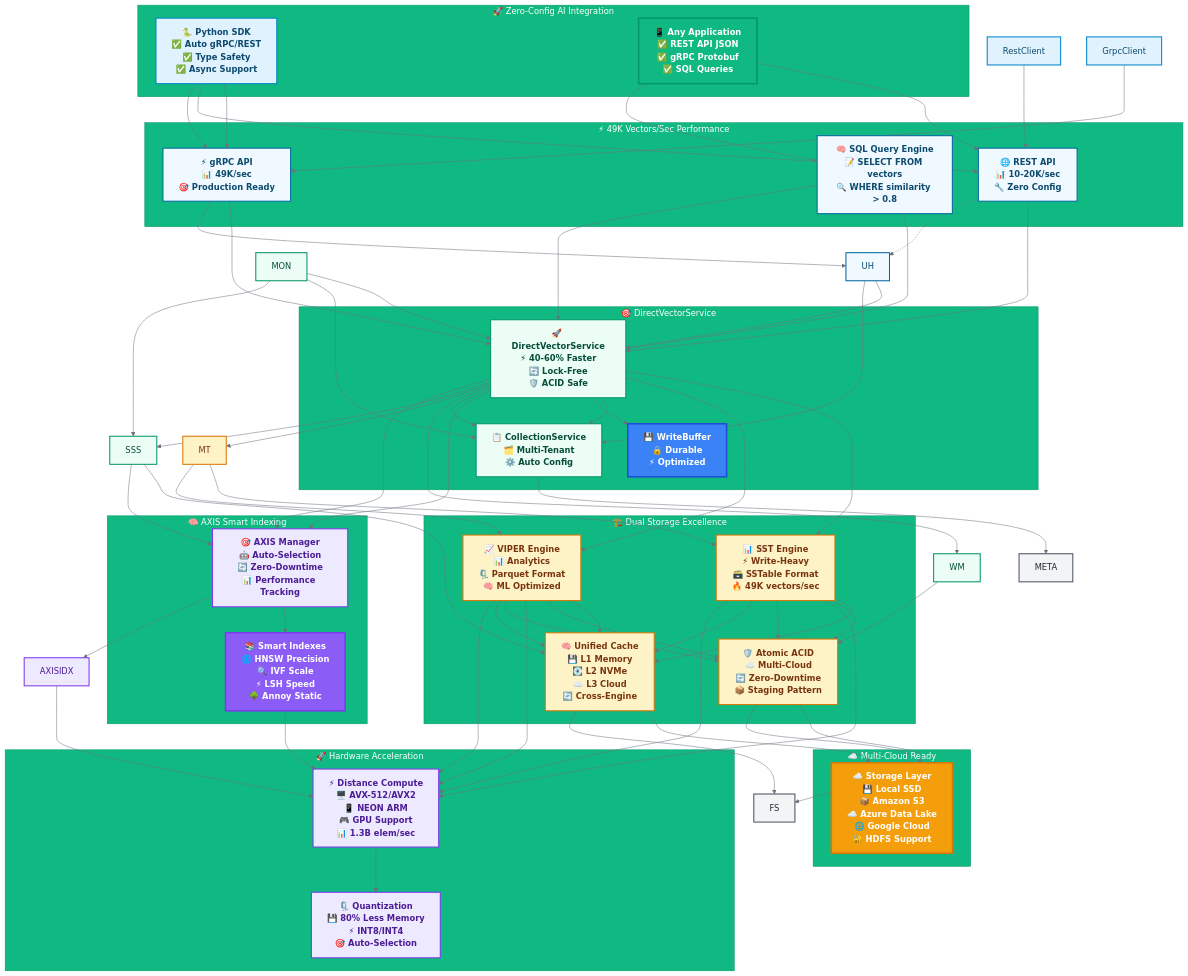
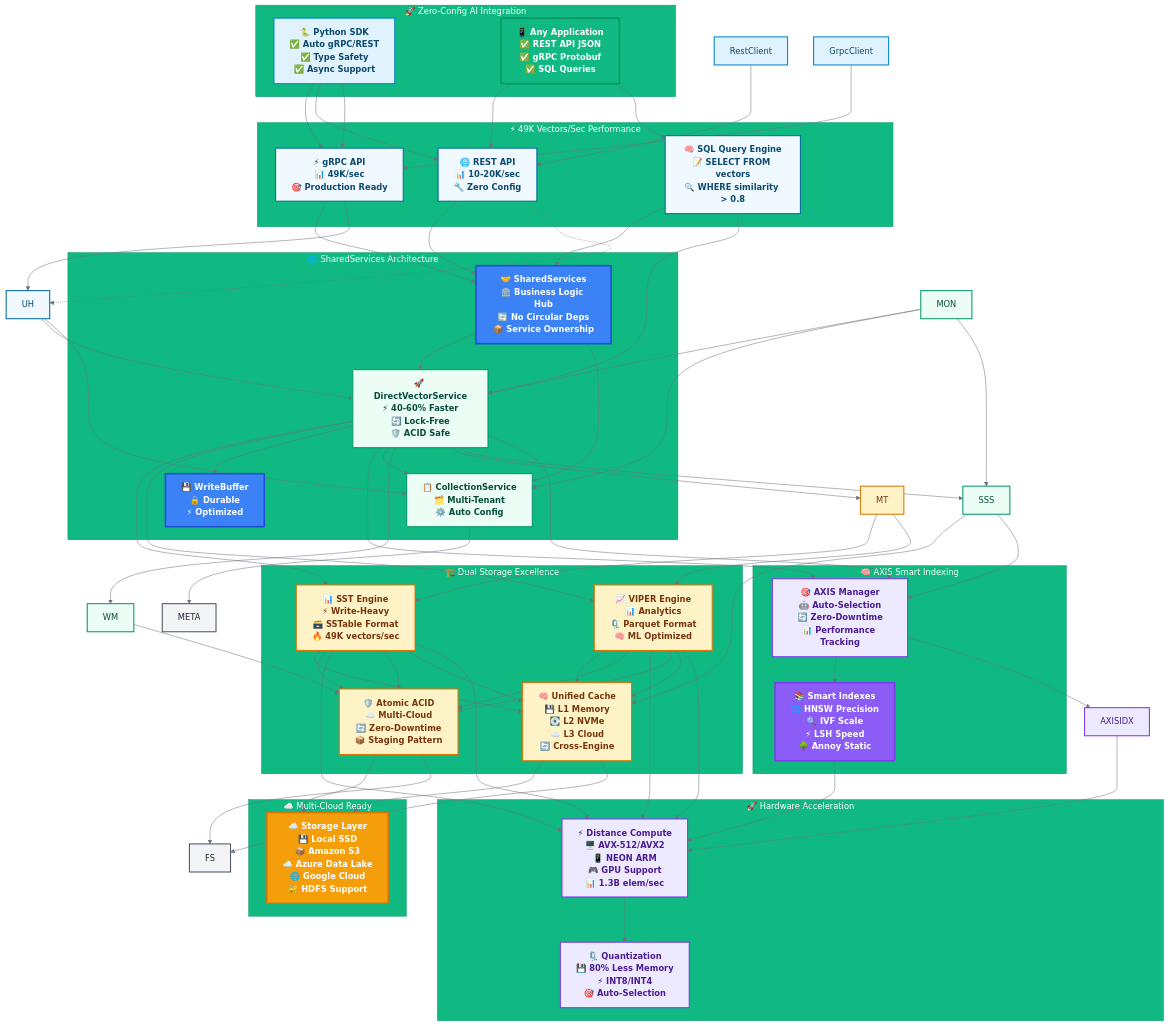
The diagram in docs/diagrams/proximadb-actual-architecture.mmd (vjsingh1984/proximaDB), drawn with Mermaid before and after one commit. The commit also changed 34 other files, not shown here.

```diff
--- a/docs/diagrams/proximadb-actual-architecture.mmd
+++ b/docs/diagrams/proximadb-actual-architecture.mmd
@@ -1,142 +1,145 @@
 %%{init: {'theme':'base', 'themeVariables': { 'primaryColor':'#1f2937', 'primaryTextColor':'#fff', 'primaryBorderColor':'#374151', 'lineColor':'#6b7280', 'secondaryColor':'#3b82f6', 'tertiaryColor':'#10b981', 'tertiaryTextColor':'#fff', 'tertiaryBorderColor':'#059669', 'background':'#ffffff', 'mainBkg':'#f3f4f6', 'secondBkg':'#e5e7eb', 'tertiaryBkg':'#d1d5db'}}}%%
 
 graph TB
     subgraph "🚀 Zero-Config AI Integration"
         Python["🐍 Python SDK<br/>✅ Auto gRPC/REST<br/>✅ Type Safety<br/>✅ Async Support"]
         Apps["📱 Any Application<br/>✅ REST API JSON<br/>✅ gRPC Protobuf<br/>✅ SQL Queries"]
     end
 
     subgraph "⚡ 49K Vectors/Sec Performance"
         RestAPI["🌐 REST API<br/>📊 10-20K/sec<br/>🔧 Zero Config"]
         GrpcAPI["⚡ gRPC API<br/>📊 49K/sec<br/>🎯 Production Ready"]
         SQL["🧠 SQL Query Engine<br/>📝 SELECT FROM vectors<br/>🔍 WHERE similarity > 0.8"]
     end
 
-    subgraph "🎯 DirectVectorService"
+    subgraph "🌐 SharedServices Architecture"
+        SS["🤝 SharedServices<br/>🏛️ Business Logic Hub<br/>🔄 No Circular Deps<br/>📦 Service Ownership"]
         DVS["🚀 DirectVectorService<br/>⚡ 40-60% Faster<br/>🔄 Lock-Free<br/>🛡️ ACID Safe"]
         CS["📋 CollectionService<br/>🗂️ Multi-Tenant<br/>⚙️ Auto Config"]
         WB["💾 WriteBuffer<br/>🔒 Durable<br/>⚡ Optimized"]
     end
 
     subgraph "🏗️ Dual Storage Excellence"
         SST["📊 SST Engine<br/>⚡ Write-Heavy<br/>🗃️ SSTable Format<br/>🔥 49K vectors/sec"]
         VIPER["📈 VIPER Engine<br/>📊 Analytics<br/>🗜️ Parquet Format<br/>🧠 ML Optimized"]
         
         UC["🧠 Unified Cache<br/>💾 L1 Memory<br/>💽 L2 NVMe<br/>☁️ L3 Cloud<br/>🔄 Cross-Engine"]
         UAC["🛡️ Atomic ACID<br/>☁️ Multi-Cloud<br/>🔄 Zero-Downtime<br/>📦 Staging Pattern"]
     end
 
     subgraph "🧠 AXIS Smart Indexing"
         AXIS["🎯 AXIS Manager<br/>🤖 Auto-Selection<br/>🔄 Zero-Downtime<br/>📊 Performance Tracking"]
         INDEXES["📚 Smart Indexes<br/>🌐 HNSW Precision<br/>🔍 IVF Scale<br/>⚡ LSH Speed<br/>🌳 Annoy Static"]
     end
 
     subgraph "🚀 Hardware Acceleration"
         DC["⚡ Distance Compute<br/>🖥️ AVX-512/AVX2<br/>📱 NEON ARM<br/>🎮 GPU Support<br/>📊 1.3B elem/sec"]
         QE["🗜️ Quantization<br/>💾 80% Less Memory<br/>⚡ INT8/INT4<br/>🎯 Auto-Selection"]
     end
 
     subgraph "☁️ Multi-Cloud Ready"
         CLOUD["☁️ Storage Layer<br/>💾 Local SSD<br/>📦 Amazon S3<br/>☁️ Azure Data Lake<br/>🌐 Google Cloud<br/>🔐 HDFS Support"]
     end
 
     %% Performance Flow
     Python --> GrpcAPI
     Apps --> RestAPI
     Apps --> SQL
     
-    RestAPI --> DVS
-    GrpcAPI --> DVS
-    SQL --> DVS
+    RestAPI --> SS
+    GrpcAPI --> SS
+    SQL --> SS
+    
+    SS --> DVS
+    SS --> CS
     
     DVS --> SST
     DVS --> VIPER
-    DVS --> CS
     DVS --> WB
     
     SST --> UC
     VIPER --> UC
     SST --> UAC
     VIPER --> UAC
     
     DVS --> AXIS
     AXIS --> INDEXES
     INDEXES --> DC
     
     UC --> CLOUD
     UAC --> CLOUD
     
     SST --> DC
     VIPER --> DC
     DC --> QE
 
     %% Marketing styling
     classDef marketing fill:#10b981,stroke:#059669,color:#fff,stroke-width:3px,font-weight:bold
     classDef performance fill:#3b82f6,stroke:#1d4ed8,color:#fff,stroke-width:3px,font-weight:bold  
     classDef smart fill:#8b5cf6,stroke:#7c3aed,color:#fff,stroke-width:3px,font-weight:bold
     classDef enterprise fill:#f59e0b,stroke:#d97706,color:#fff,stroke-width:3px,font-weight:bold
 
     class Python,Apps marketing
-    class RestAPI,GrpcAPI,SQL,DVS,CS,WB performance
+    class RestAPI,GrpcAPI,SQL,SS,DVS,CS,WB performance
     class SST,VIPER,UC,UAC,AXIS,INDEXES smart
     class DC,QE,CLOUD enterprise
 
     %% Client connections
     Python --> RestAPI
     Python --> GrpcAPI
     RestClient --> RestAPI
     GrpcClient --> GrpcAPI
 
     %% API to Handlers
     RestAPI -.-> UH
     GrpcAPI --> UH
     SQL --> DVS
 
     %% Handlers to Services
     UH --> DVS
     UH --> CS
 
     %% Service interactions
     DVS --> CS
     DVS --> WM
     DVS --> MT
     DVS --> SSS
     SSS --> UC
     CS --> META
     MON --> DVS
     MON --> CS
     MON --> SSS
 
     %% Storage connections
     WM --> UAC
     MT --> SST
     MT --> VIPER
     SST --> UAC
     VIPER --> UAC
     UAC --> FS
     SST --> UC
     VIPER --> UC
     UC --> FS
 
     %% Compute connections
     SST --> DC
     VIPER --> DC
     DVS --> AXIS
     AXIS --> AXISIDX
     AXISIDX --> DC
     SSS --> AXIS
 
     %% Styling
     classDef client fill:#e0f2fe,stroke:#0284c7,color:#0c4a6e,stroke-width:2px
     classDef api fill:#f0f9ff,stroke:#0369a1,color:#0c4a6e,stroke-width:2px
     classDef service fill:#ecfdf5,stroke:#059669,color:#064e3b,stroke-width:2px
     classDef storage fill:#fef3c7,stroke:#d97706,color:#78350f,stroke-width:2px
     classDef compute fill:#ede9fe,stroke:#7c3aed,color:#4c1d95,stroke-width:2px
     classDef persist fill:#f3f4f6,stroke:#4b5563,color:#1f2937,stroke-width:2px
 
     class Python,RestClient,GrpcClient client
     class RestAPI,GrpcAPI,UH,SQL api
     class DVS,CS,WM,SSS,MON service
     class SST,VIPER,MT,UAC,UC storage
     class DC,AXIS,AXISIDX,QE compute
     class FS,META persist
```
